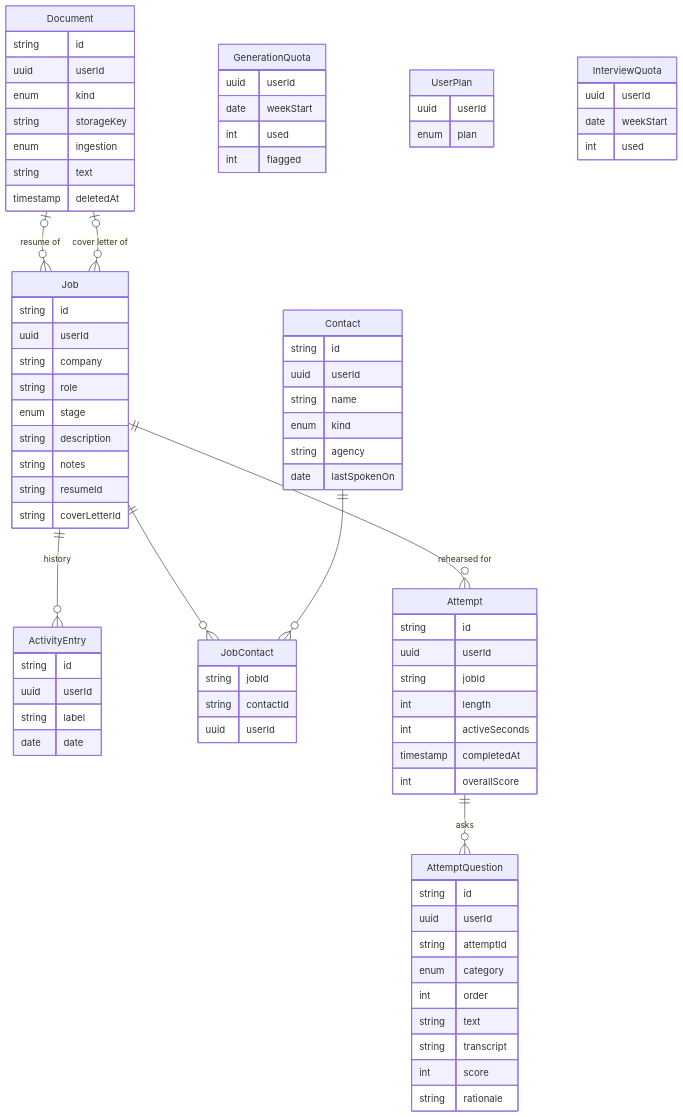
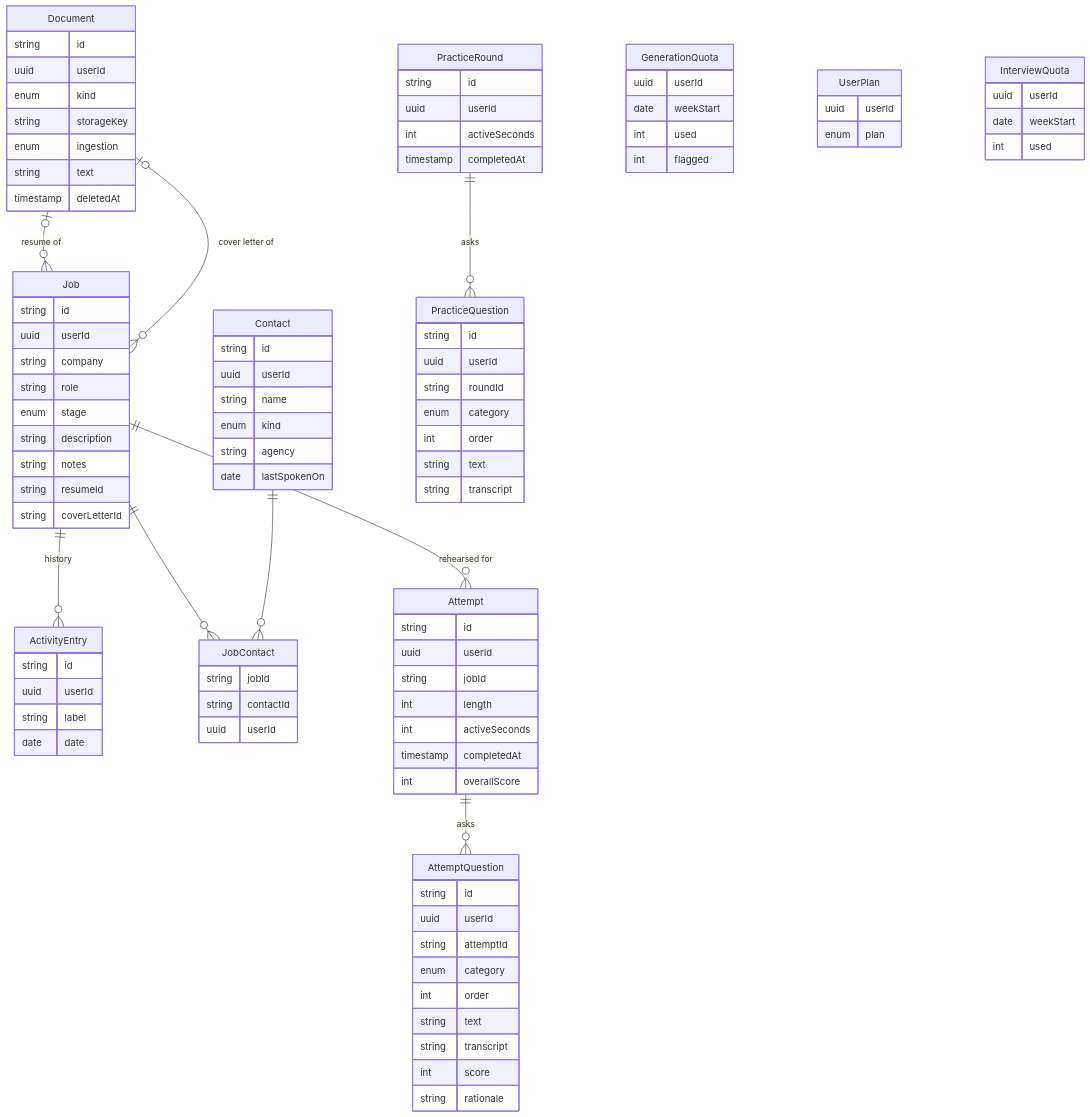
Before and after one commit to craigblunden/trailhead: the seventh of 7 diagrams in docs/architecture.md, drawn with Mermaid. The commit also changed other lines of this file and 32 other files, not shown here.

First line of the commit message:
Interview Simulator: free and basic can take a Practice round

````diff
--- a/docs/architecture.md
+++ b/docs/architecture.md
@@ -270,6 +277,7 @@
   Document |o--o{ Job : "cover letter of"
   Job ||--o{ Attempt : "rehearsed for"
   Attempt ||--o{ AttemptQuestion : "asks"
+  PracticeRound ||--o{ PracticeQuestion : "asks"
 
   Job {
     string id
@@ -345,4 +353,19 @@
     date weekStart
     int used
   }
+  PracticeRound {
+    string id
+    uuid userId
+    int activeSeconds
+    timestamp completedAt
+  }
+  PracticeQuestion {
+    string id
+    uuid userId
+    string roundId
+    enum category
+    int order
+    string text
+    string transcript
+  }
 ```
````
